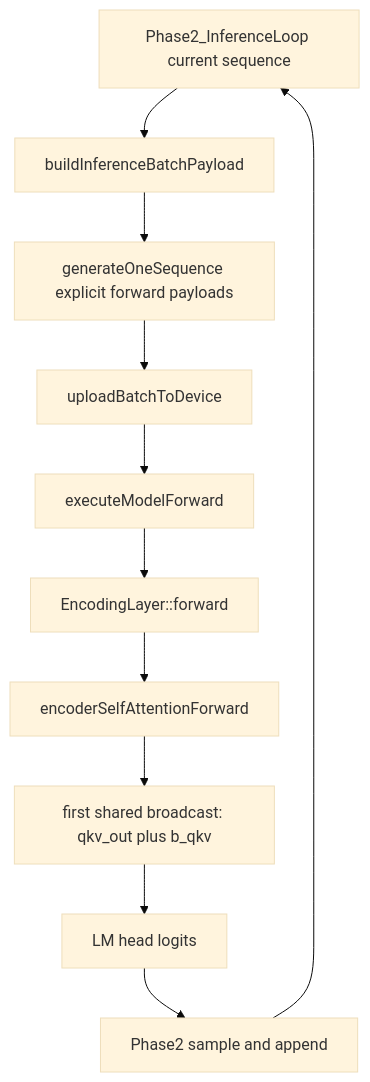
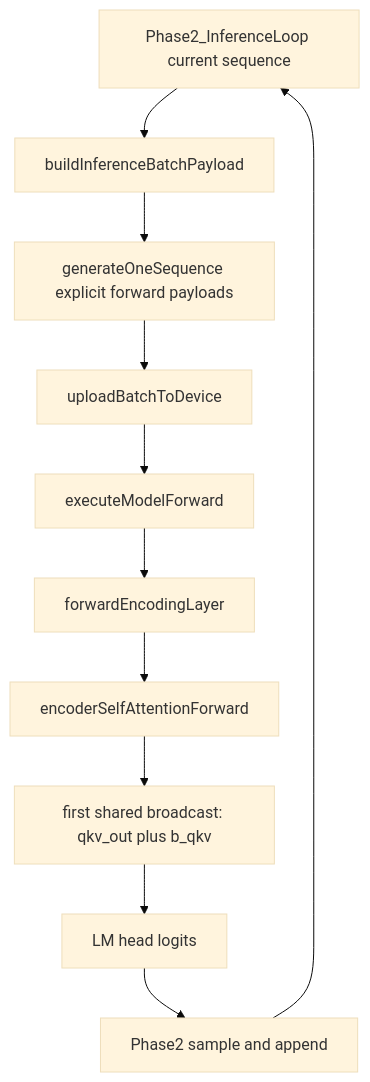
Before and after one commit to Reaper3825/G.R.I.M: the second of 2 diagrams in resources/models/GRIM-text/GRIM/Docs/ForwardChronology.md, drawn with Mermaid (base theme). The commit also changed other lines of this file and 12 other files, not shown here.

Commit message:
Refactor parameter handling in Encoding and FeedForward layers to use registry-owned tensors

````diff
--- a/resources/models/GRIM-text/GRIM/Docs/ForwardChronology.md
+++ b/resources/models/GRIM-text/GRIM/Docs/ForwardChronology.md
@@ -129,13 +129,13 @@
 ```mermaid
 flowchart TD
    A[Phase2_InferenceLoop current sequence] --> B[buildInferenceBatchPayload]
    B --> C[generateOneSequence explicit forward payloads]
    C --> D[uploadBatchToDevice]
    D --> E[executeModelForward]
-   E --> F[EncodingLayer::forward]
+   E --> F[forwardEncodingLayer]
    F --> G[encoderSelfAttentionForward]
    G --> H[first shared broadcast: qkv_out plus b_qkv]
    H --> I[LM head logits]
    I --> J[Phase2 sample and append]
    J --> A
 ```
````
